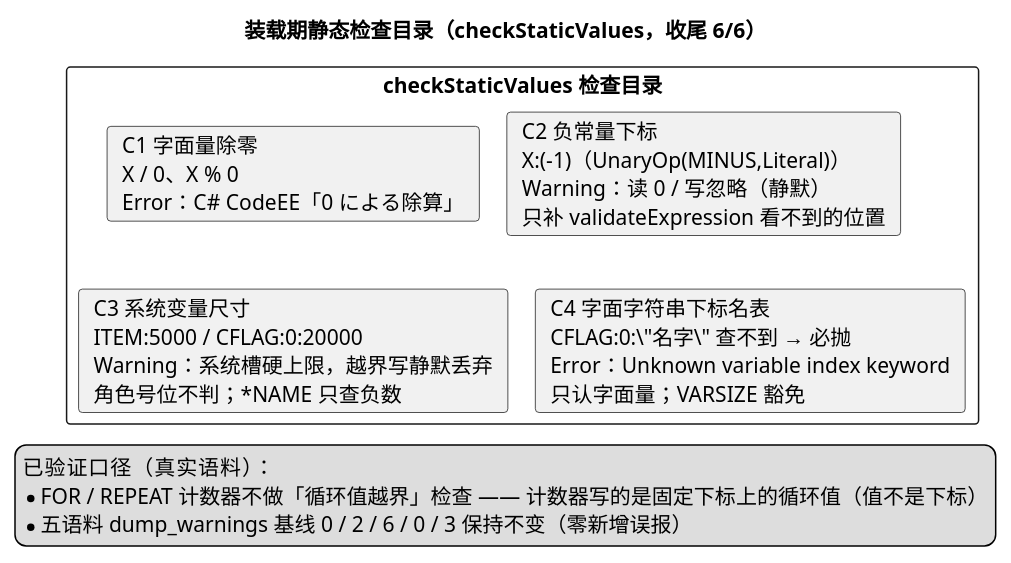
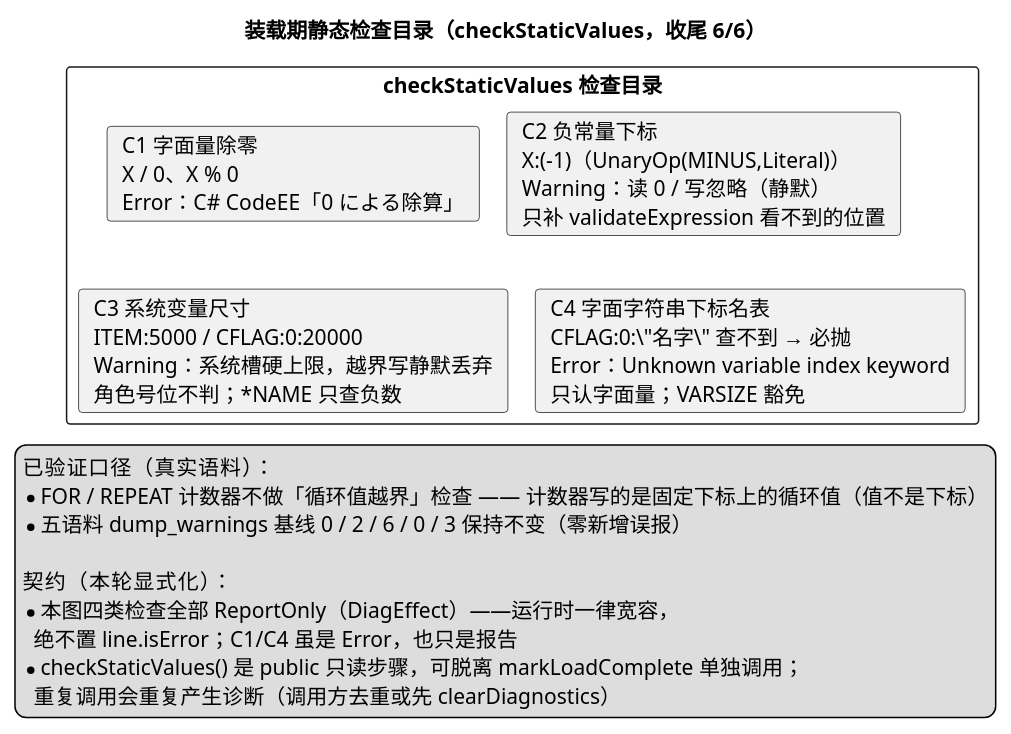
One commit to yigekuyou/qt-eraemu changed the diagram in docs/uml/07-static-checks.puml. Above: the diagram before and after it, drawn with PlantUML. The commit also changed 18 other files, not shown here.

```diff
--- a/docs/uml/07-static-checks.puml
+++ b/docs/uml/07-static-checks.puml
@@ -1,20 +1,26 @@
 @startuml 07-static-checks
 ' 无 graphviz(dot) 时用 PlantUML 内置 smetana 布局引擎
 !pragma layout smetana
 ' emuera —— checkStaticValues 检查目录（收尾 6/6）：不需要运行游戏即可判定的边界条件
 ' 渲染：plantuml -tpng docs/uml/07-static-checks.puml
 title 装载期静态检查目录（checkStaticValues，收尾 6/6）
 
 rectangle "checkStaticValues 检查目录" as Checks {
   card "C1 字面量除零\nX / 0、X % 0\nError：C# CodeEE「0 による除算」" as C1
   card "C2 负常量下标\nX:(-1)（UnaryOp(MINUS,Literal)）\nWarning：读 0 / 写忽略（静默）\n只补 validateExpression 看不到的位置" as C2
   card "C3 系统变量尺寸\nITEM:5000 / CFLAG:0:20000\nWarning：系统槽硬上限，越界写静默丢弃\n角色号位不判；*NAME 只查负数" as C3
   card "C4 字面字符串下标名表\nCFLAG:0:\"名字\" 查不到 → 必抛\nError：Unknown variable index keyword\n只认字面量；VARSIZE 豁免" as C4
 }
 
 legend bottom
   已验证口径（真实语料）：
   * FOR / REPEAT 计数器不做「循环值越界」检查 —— 计数器写的是固定下标上的循环值（值不是下标）
   * 五语料 dump_warnings 基线 0 / 2 / 6 / 0 / 3 保持不变（零新增误报）
+
+  契约（本轮显式化）：
+  * 本图四类检查全部 ReportOnly（DiagEffect）——运行时一律宽容，
+    绝不置 line.isError；C1/C4 虽是 Error，也只是报告
+  * checkStaticValues() 是 public 只读步骤，可脱离 markLoadComplete 单独调用；
+    重复调用会重复产生诊断（调用方去重或先 clearDiagnostics）
 endlegend
 @enduml
```
